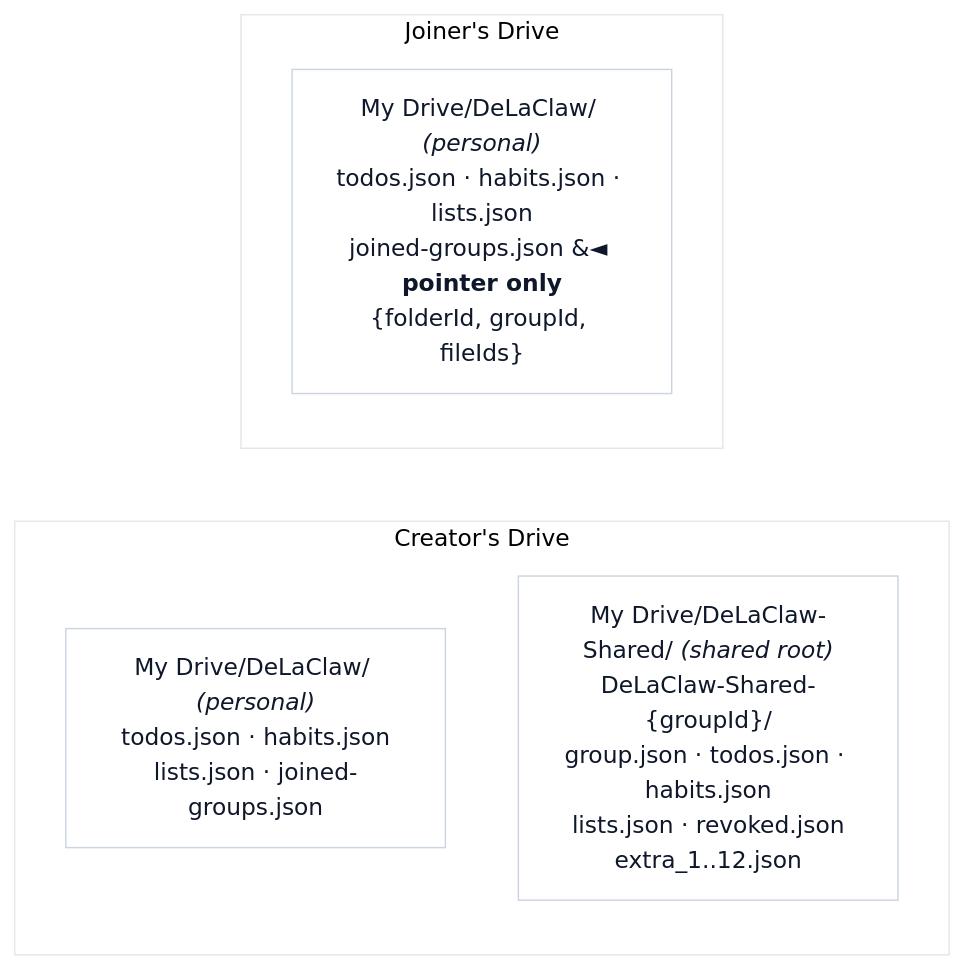
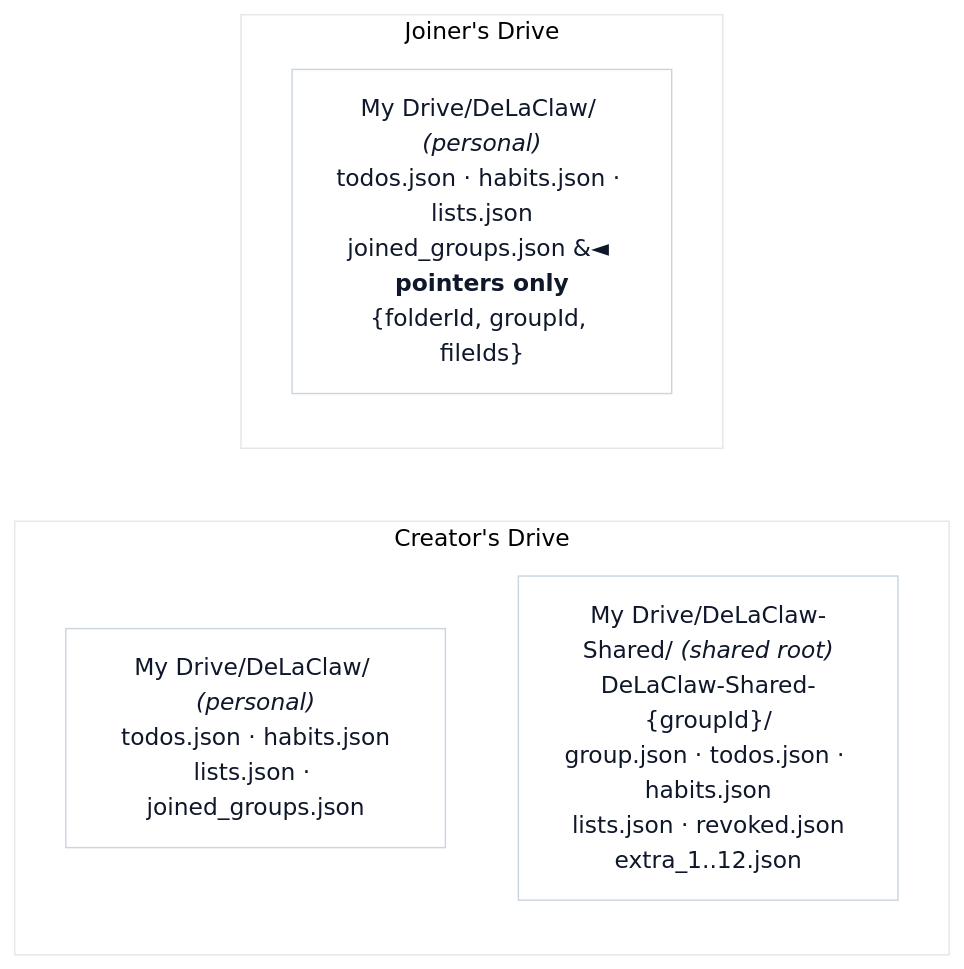
One commit to AntGro/DeLaClaw changed the third of 12 diagrams in docs-site/sharing.md. Above: the diagram before and after it, drawn with Mermaid. The commit also changed other lines of this file and 12 other files, not shown here.

````diff
--- a/docs-site/sharing.md
+++ b/docs-site/sharing.md
@@ -75,13 +75,13 @@
 ```mermaid
 %%{init: {'theme': 'base', 'themeVariables': {'background': '#fbfaf8', 'primaryColor': '#ffffff', 'primaryBorderColor': '#cbd5e1', 'primaryTextColor': '#0f172a', 'lineColor': '#334155'}}}%%
 flowchart LR
     subgraph CD["Creator's Drive"]
         direction TB
-        CDP["My Drive/DeLaClaw/ <i>(personal)</i><br/>todos.json · habits.json<br/>lists.json · joined-groups.json"]
+        CDP["My Drive/DeLaClaw/ <i>(personal)</i><br/>todos.json · habits.json<br/>lists.json · joined_groups.json"]
         CDS["My Drive/DeLaClaw-Shared/ <i>(shared root)</i><br/>DeLaClaw-Shared-{groupId}/<br/>group.json · todos.json · habits.json<br/>lists.json · revoked.json<br/>extra_1..12.json"]
     end
     subgraph JD["Joiner's Drive"]
         direction TB
-        JDP["My Drive/DeLaClaw/ <i>(personal)</i><br/>todos.json · habits.json · lists.json<br/>joined-groups.json &#9668; <b>pointer only</b><br/>{folderId, groupId, fileIds}"]
+        JDP["My Drive/DeLaClaw/ <i>(personal)</i><br/>todos.json · habits.json · lists.json<br/>joined_groups.json &#9668; <b>pointers only</b><br/>{folderId, groupId, fileIds}"]
     end
 ```
````
